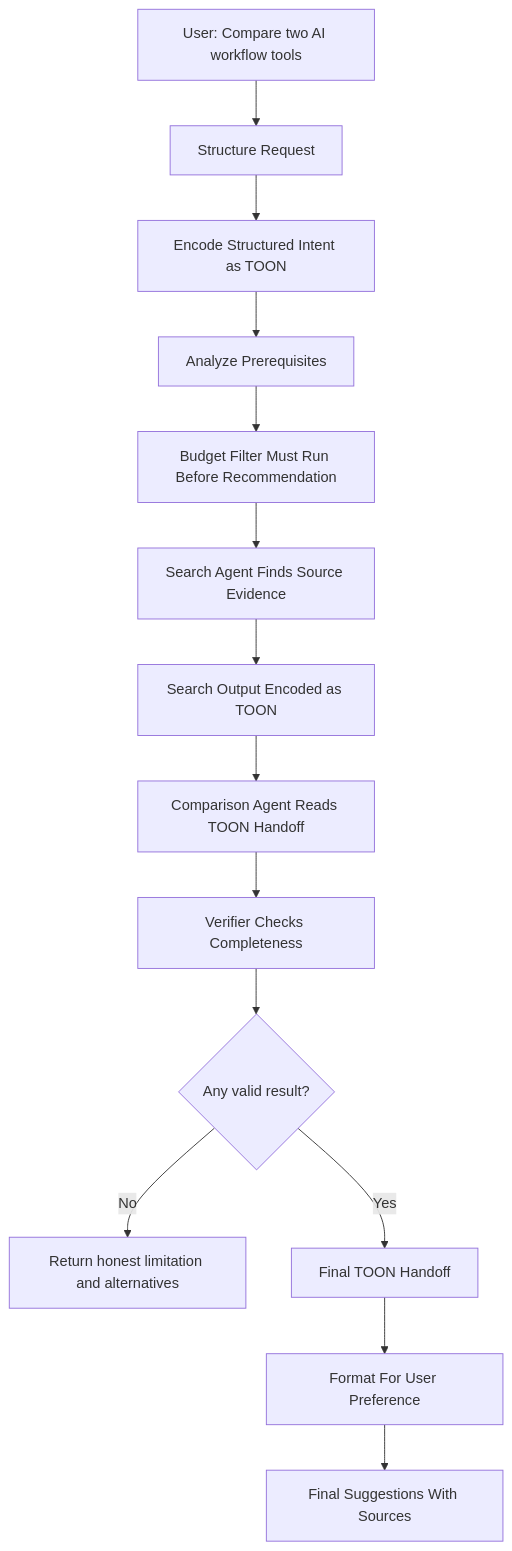
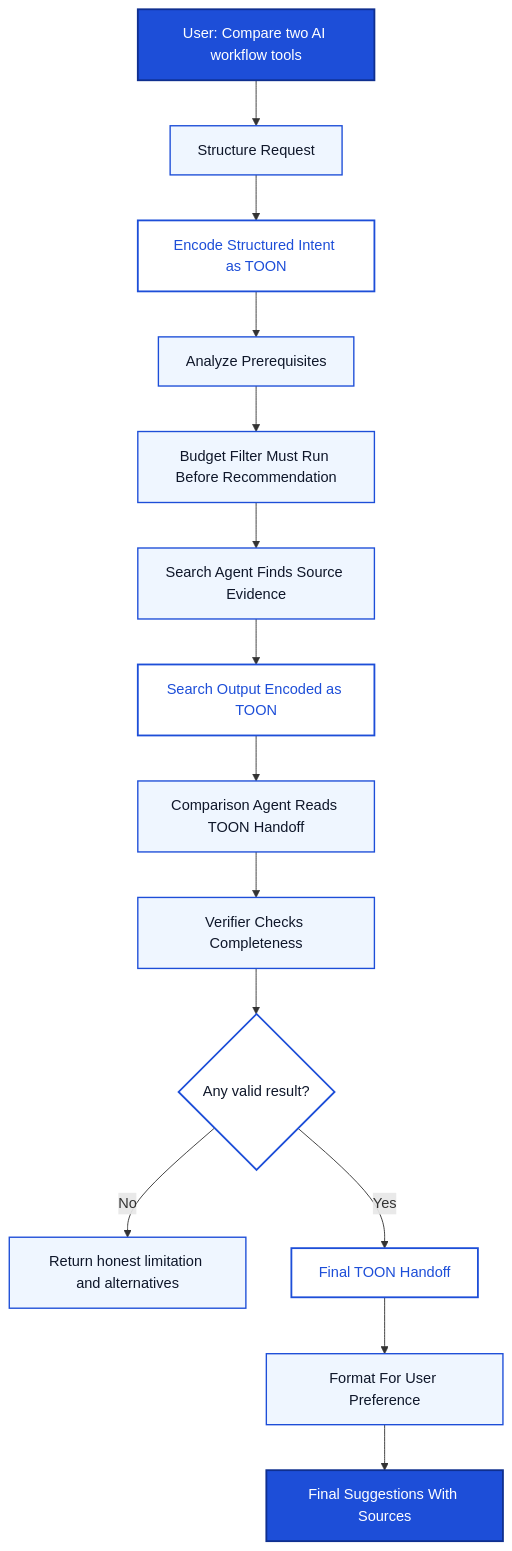
Before and after one commit to Hassaan146/agentic-ai-workflow: the ninth of 9 diagrams in docs/diagrams.md, drawn with Mermaid. The commit also changed other lines of this file, not shown here.

Commit message:
Polish workflow diagram styling

````diff
--- a/docs/diagrams.md
+++ b/docs/diagrams.md
@@ -148,16 +235,25 @@
 ```mermaid
 flowchart TD
     A["User: Compare two AI workflow tools"] --> B["Structure Request"]
     B --> C["Encode Structured Intent as TOON"]
     C --> D["Analyze Prerequisites"]
     D --> E["Budget Filter Must Run Before Recommendation"]
     E --> F["Search Agent Finds Source Evidence"]
     F --> G["Search Output Encoded as TOON"]
     G --> H["Comparison Agent Reads TOON Handoff"]
     H --> I["Verifier Checks Completeness"]
     I --> Q{"Any valid result?"}
     Q -->|No| R["Return honest limitation and alternatives"]
     Q -->|Yes| S["Final TOON Handoff"]
     S --> T["Format For User Preference"]
     T --> U["Final Suggestions With Sources"]
+
+    classDef primary fill:#1d4ed8,stroke:#0f2f8f,color:#ffffff,stroke-width:2px;
+    classDef soft fill:#eff6ff,stroke:#1d4ed8,color:#0f172a,stroke-width:1.5px;
+    classDef toon fill:#ffffff,stroke:#1d4ed8,color:#1d4ed8,stroke-width:2px;
+    classDef decision fill:#ffffff,stroke:#1d4ed8,color:#0f172a,stroke-width:2px;
+    class A,U primary;
+    class B,D,E,F,H,I,R,T soft;
+    class C,G,S toon;
+    class Q decision;
 ```
````
